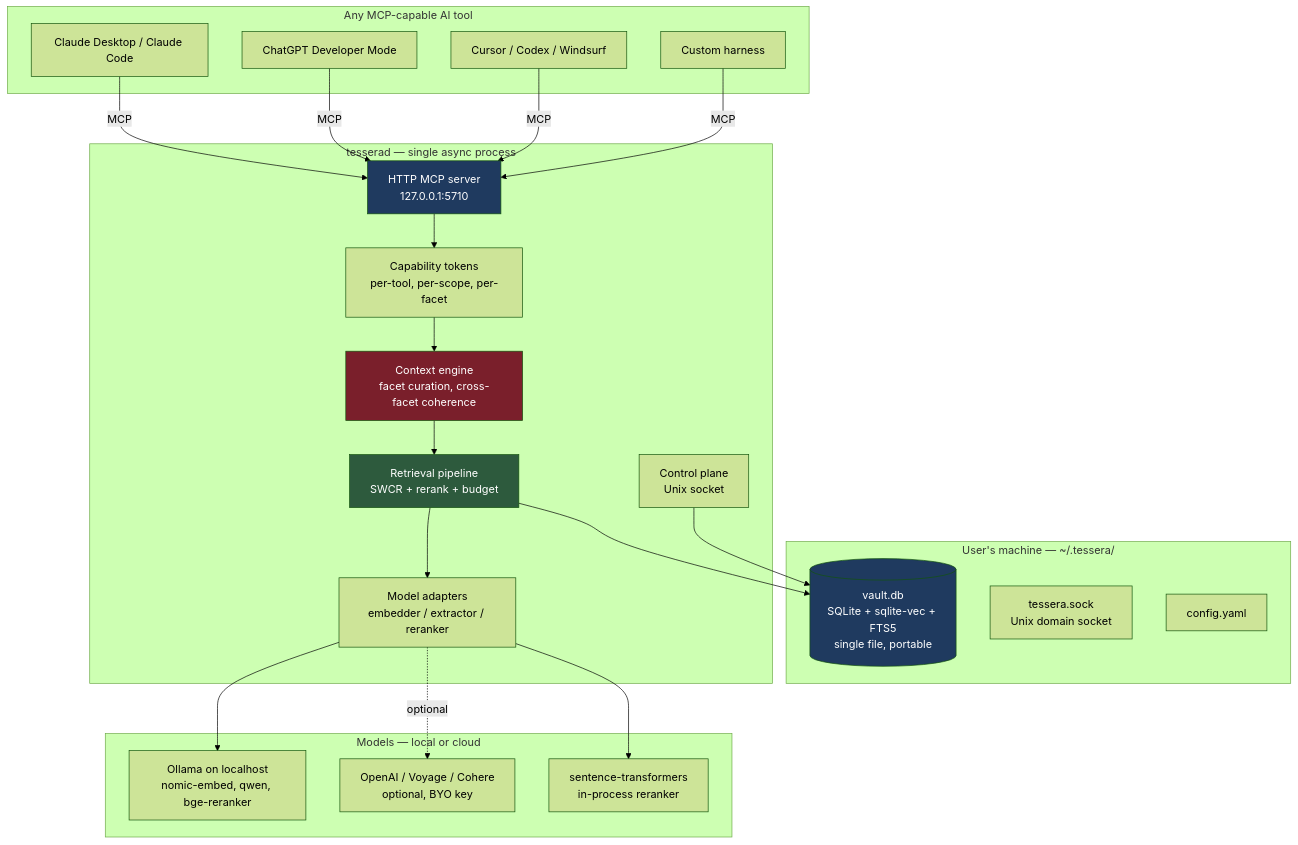
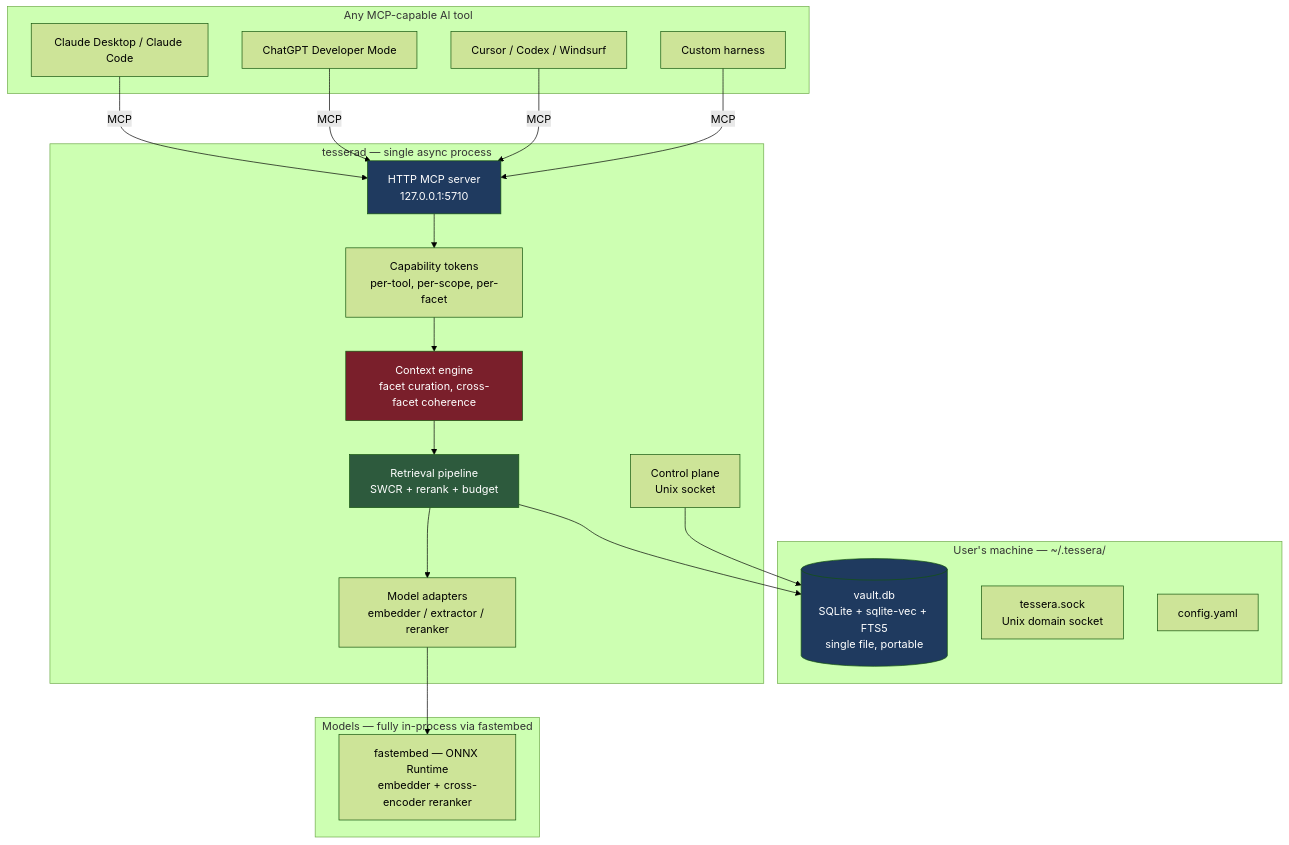
The first of 8 diagrams in docs/system-design.md (Mathews-Tom/Tessera), drawn with Mermaid (forest theme) before and after one commit. The commit also changed other lines of this file and 25 other files, not shown here.

````diff
--- a/docs/system-design.md
+++ b/docs/system-design.md
@@ -16,49 +16,45 @@
 ```mermaid
 graph TB
   subgraph LocalMachine["User's machine — ~/.tessera/"]
     VAULT[(vault.db<br/>SQLite + sqlite-vec + FTS5<br/>single file, portable)]
     SOCK[tessera.sock<br/>Unix domain socket]
     CFG[config.yaml]
   end
 
   subgraph Daemon["tesserad — single async process"]
     HTTPMCP[HTTP MCP server<br/>127.0.0.1:5710]
     CTRL[Control plane<br/>Unix socket]
     RETR[Retrieval pipeline<br/>SWCR + rerank + budget]
     AUTH[Capability tokens<br/>per-tool, per-scope, per-facet]
     ADAPT[Model adapters<br/>embedder / extractor / reranker]
     CTX[Context engine<br/>facet curation, cross-facet coherence]
   end
 
   subgraph Tools["Any MCP-capable AI tool"]
     CLAUDE[Claude Desktop / Claude Code]
     GPT[ChatGPT Developer Mode]
     CURSOR[Cursor / Codex / Windsurf]
     CUSTOM[Custom harness]
   end
 
-  subgraph Models["Models — local or cloud"]
-    OLLAMA[Ollama on localhost<br/>nomic-embed, qwen, bge-reranker]
-    CLOUD[OpenAI / Voyage / Cohere<br/>optional, BYO key]
-    ST[sentence-transformers<br/>in-process reranker]
+  subgraph Models["Models — fully in-process via fastembed"]
+    FASTEMBED[fastembed — ONNX Runtime<br/>embedder + cross-encoder reranker]
   end
 
   CLAUDE -->|MCP| HTTPMCP
   GPT -->|MCP| HTTPMCP
   CURSOR -->|MCP| HTTPMCP
   CUSTOM -->|MCP| HTTPMCP
   HTTPMCP --> AUTH
   AUTH --> CTX
   CTX --> RETR
   RETR --> VAULT
   RETR --> ADAPT
-  ADAPT --> OLLAMA
-  ADAPT -.optional.-> CLOUD
-  ADAPT --> ST
+  ADAPT --> FASTEMBED
   CTRL --> VAULT
 
   style VAULT fill:#1f3a5f,color:#fff
   style HTTPMCP fill:#1f3a5f,color:#fff
   style CTX fill:#7a1f2b,color:#fff
   style RETR fill:#2d5a3d,color:#fff
 ```
````
